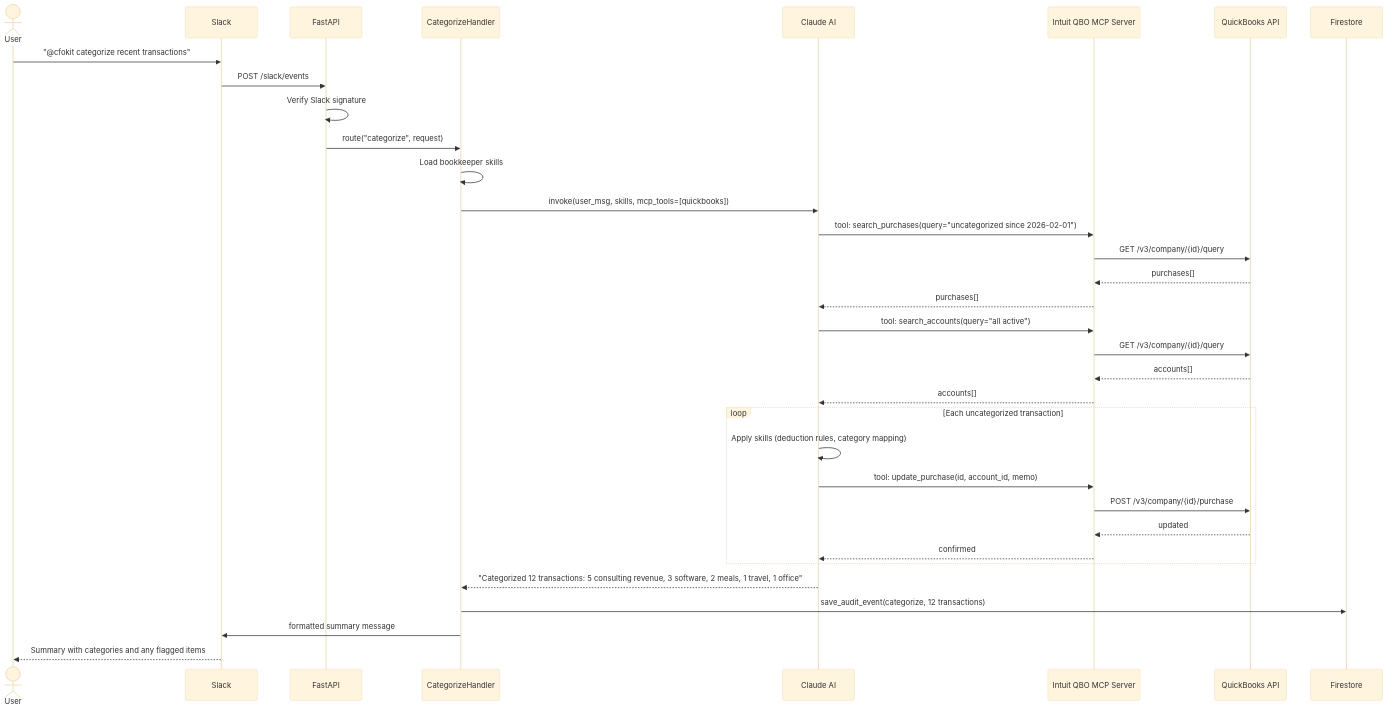
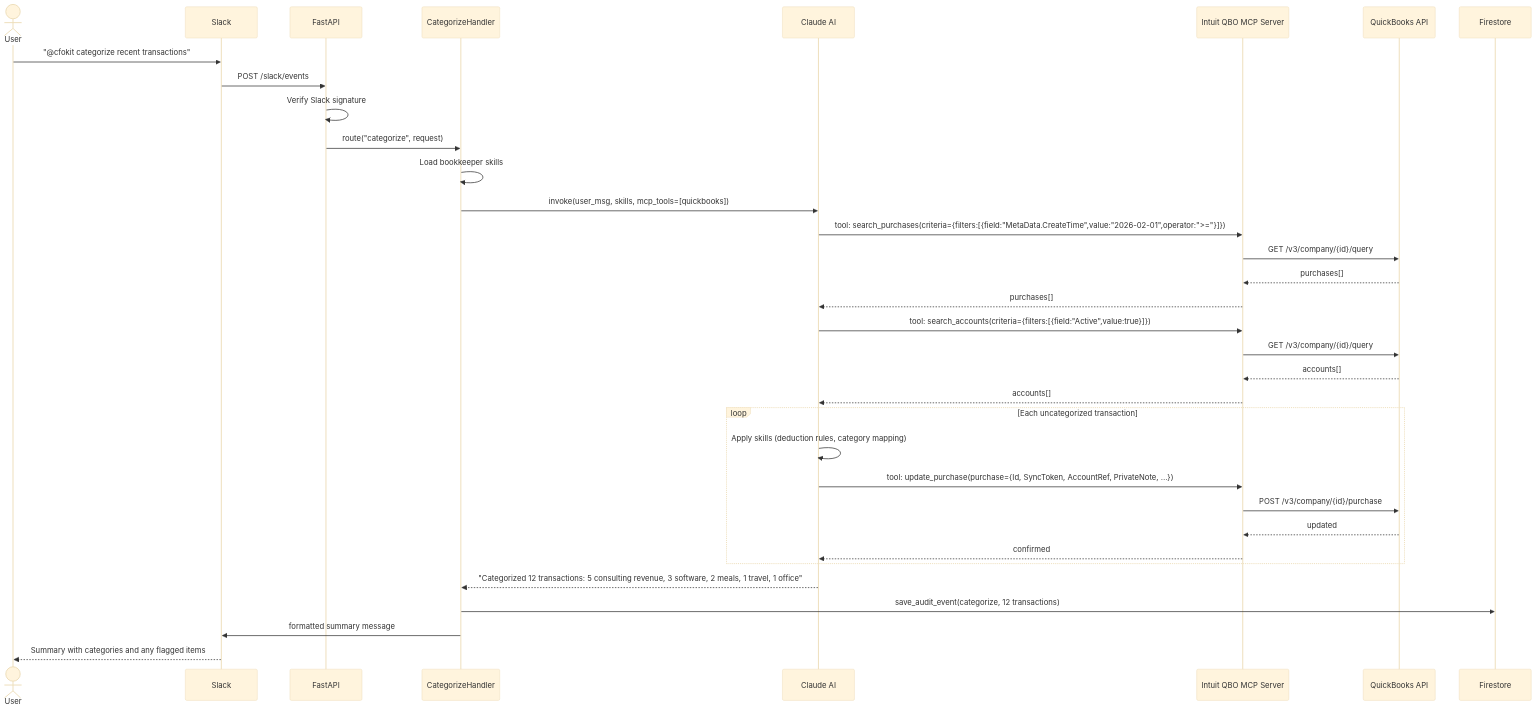
The first of 5 diagrams in docs/PRD.md (cfokit/cfokit), drawn with Mermaid (base theme) before and after one commit. The commit also changed other lines of this file and 1 other file, not shown here.

First line of the commit message:
Update PRD with actual Intuit QBO MCP server interface

````diff
--- a/docs/PRD.md
+++ b/docs/PRD.md
@@ -22,40 +24,40 @@
 ```mermaid
 sequenceDiagram
     actor User
     participant Slack
     participant FastAPI
     participant Handler as CategorizeHandler
     participant Claude as Claude AI
     participant MCP as Intuit QBO MCP Server
     participant QB as QuickBooks API
 
     User->>Slack: "@cfokit categorize recent transactions"
     Slack->>FastAPI: POST /slack/events
     FastAPI->>FastAPI: Verify Slack signature
     FastAPI->>Handler: route("categorize", request)
     Handler->>Handler: Load bookkeeper skills
     Handler->>Claude: invoke(user_msg, skills, mcp_tools=[quickbooks])
 
-    Claude->>MCP: tool: search_purchases(query="uncategorized since 2026-02-01")
+    Claude->>MCP: tool: search_purchases(criteria={filters:[{field:"MetaData.CreateTime",value:"2026-02-01",operator:">="}]})
     MCP->>QB: GET /v3/company/{id}/query
     QB-->>MCP: purchases[]
     MCP-->>Claude: purchases[]
 
-    Claude->>MCP: tool: search_accounts(query="all active")
+    Claude->>MCP: tool: search_accounts(criteria={filters:[{field:"Active",value:true}]})
     MCP->>QB: GET /v3/company/{id}/query
     QB-->>MCP: accounts[]
     MCP-->>Claude: accounts[]
 
     loop Each uncategorized transaction
         Claude->>Claude: Apply skills (deduction rules, category mapping)
-        Claude->>MCP: tool: update_purchase(id, account_id, memo)
+        Claude->>MCP: tool: update_purchase(purchase={Id, SyncToken, AccountRef, PrivateNote, ...})
         MCP->>QB: POST /v3/company/{id}/purchase
         QB-->>MCP: updated
         MCP-->>Claude: confirmed
     end
 
     Claude-->>Handler: "Categorized 12 transactions: 5 consulting revenue, 3 software, 2 meals, 1 travel, 1 office"
     Handler->>Firestore: save_audit_event(categorize, 12 transactions)
     Handler->>Slack: formatted summary message
     Slack-->>User: Summary with categories and any flagged items
 ```
````
